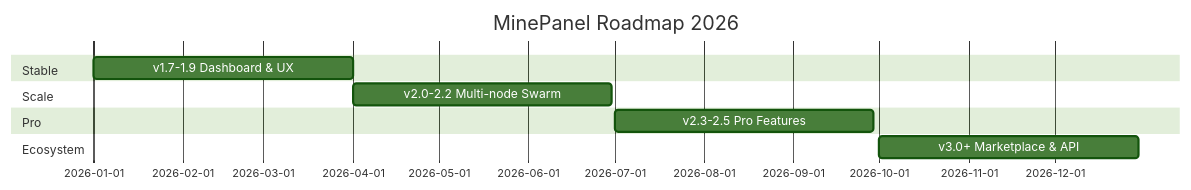
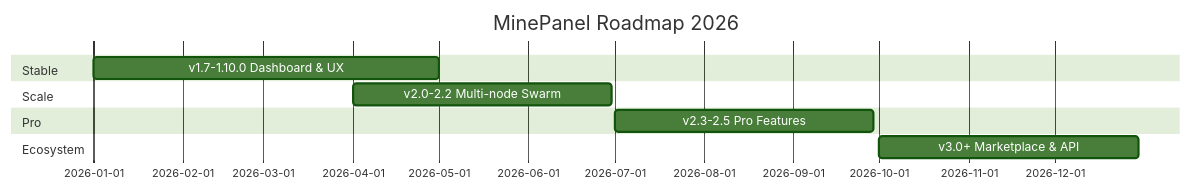
The third of 3 diagrams in doc/roadmap.md (Ketbome/minepanel), drawn with Mermaid (forest theme) before and after one commit. The commit also changed other lines of this file and 16 other files, not shown here.

````diff
--- a/doc/roadmap.md
+++ b/doc/roadmap.md
@@ -306,17 +317,17 @@
 ```mermaid
 gantt
     title MinePanel Roadmap 2026
     dateFormat YYYY-MM-DD
 
     section Stable
-    v1.7-1.9 Dashboard & UX    :a1, 2026-01-01, 90d
+    v1.7-1.10.0 Dashboard & UX :a1, 2026-01-01, 120d
 
     section Scale
     v2.0-2.2 Multi-node Swarm  :a2, 2026-04-01, 90d
 
     section Pro
     v2.3-2.5 Pro Features      :a3, 2026-07-01, 90d
 
     section Ecosystem
     v3.0+ Marketplace & API    :a4, 2026-10-01, 90d
 ```
````
